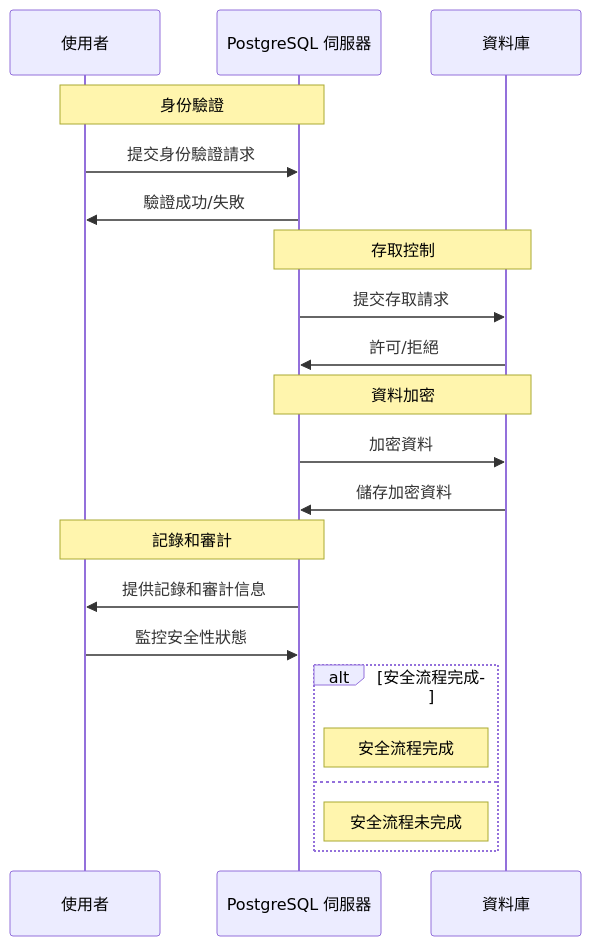
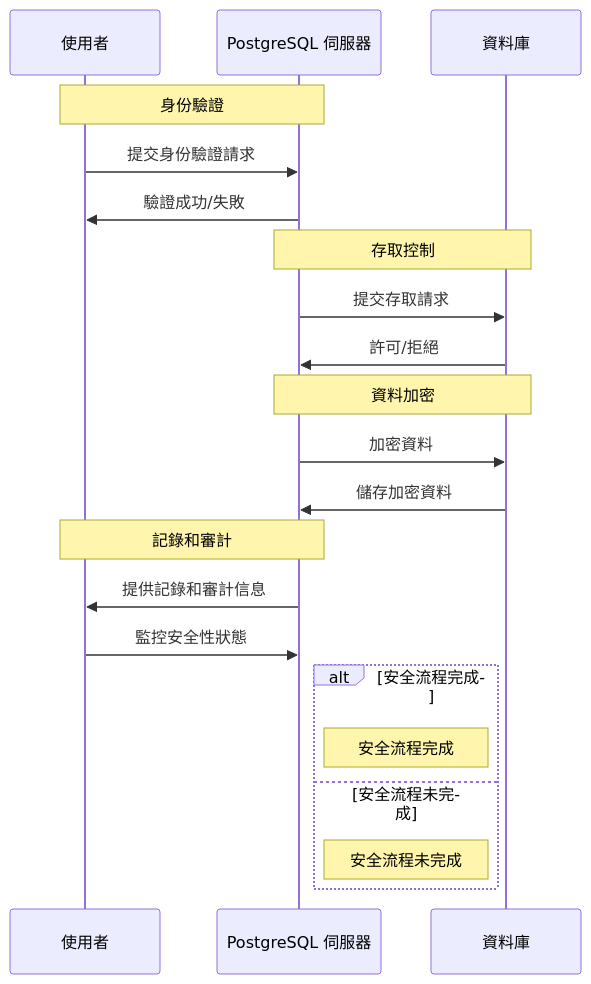
Before and after one commit to a920604a/engineernews: the diagram in src/content/posts/tech/2026-04-25-why-is-postgresql-the-most-secured-system-in-the-world.md, drawn with Mermaid. The commit also changed 5 other files, not shown here.

Commit message:
fix: auto-fix mermaid syntax errors in posts

````diff
--- a/src/content/posts/tech/2026-04-25-why-is-postgresql-the-most-secured-system-in-the-world.md
+++ b/src/content/posts/tech/2026-04-25-why-is-postgresql-the-most-secured-system-in-the-world.md
@@ -30,28 +30,28 @@
 ```mermaid
 sequenceDiagram
     participant Client as 使用者
     participant Server as PostgreSQL 伺服器
     participant Database as 資料庫
 
     Note over Client,Server: 身份驗證
     Client->>Server: 提交身份驗證請求
     Server->>Client: 驗證成功/失敗
 
     Note over Server,Database: 存取控制
     Server->>Database: 提交存取請求
     Database->>Server: 許可/拒絕
 
     Note over Server,Database: 資料加密
     Server->>Database: 加密資料
     Database->>Server: 儲存加密資料
 
     Note over Server,Client: 記錄和審計
     Server->>Client: 提供記錄和審計信息
     Client->>Server: 監控安全性狀態
 
     alt 安全流程完成
         Note right of Server: 安全流程完成
-    else 
+    else 安全流程未完成
         Note right of Server: 安全流程未完成
     end
 ```
````
